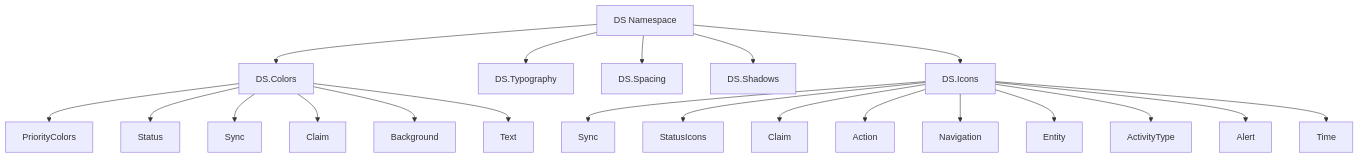
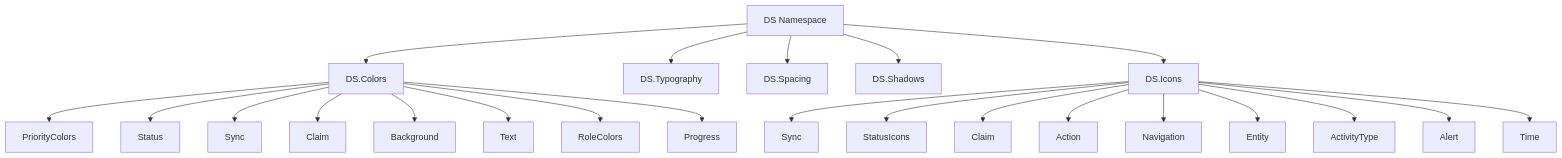
One commit to ArchieOS-org/Dispatch changed the first of 3 diagrams in DESIGN_SYSTEM.md. Above: the diagram before and after it, drawn with Mermaid. The commit also changed other lines of this file and 2 other files, not shown here.

````diff
--- a/DESIGN_SYSTEM.md
+++ b/DESIGN_SYSTEM.md
@@ -7,25 +7,27 @@
 ```mermaid
 graph TD
     DS[DS Namespace] --> Colors[DS.Colors]
     DS --> Typography[DS.Typography]
     DS --> Spacing[DS.Spacing]
     DS --> Shadows[DS.Shadows]
     DS --> Icons[DS.Icons]
 
     Colors --> PriorityColors[PriorityColors]
     Colors --> Status[Status]
     Colors --> Sync[Sync]
     Colors --> Claim[Claim]
     Colors --> Background[Background]
     Colors --> Text[Text]
+    Colors --> RoleColors[RoleColors]
+    Colors --> Progress[Progress]
 
     Icons --> SyncIcons[Sync]
     Icons --> StatusIcons[StatusIcons]
     Icons --> ClaimIcons[Claim]
     Icons --> Action[Action]
     Icons --> Navigation[Navigation]
     Icons --> Entity[Entity]
     Icons --> ActivityTypeIcons[ActivityType]
     Icons --> Alert[Alert]
     Icons --> Time[Time]
 ```
````
